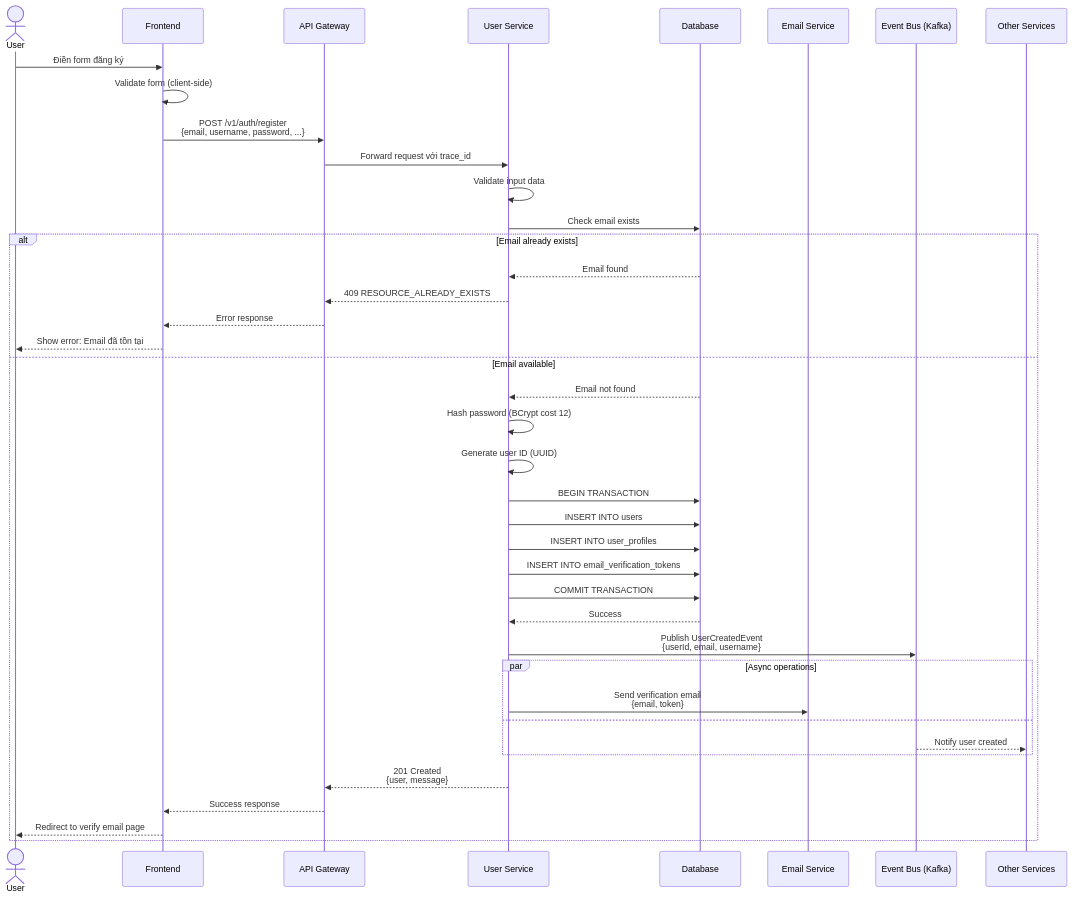
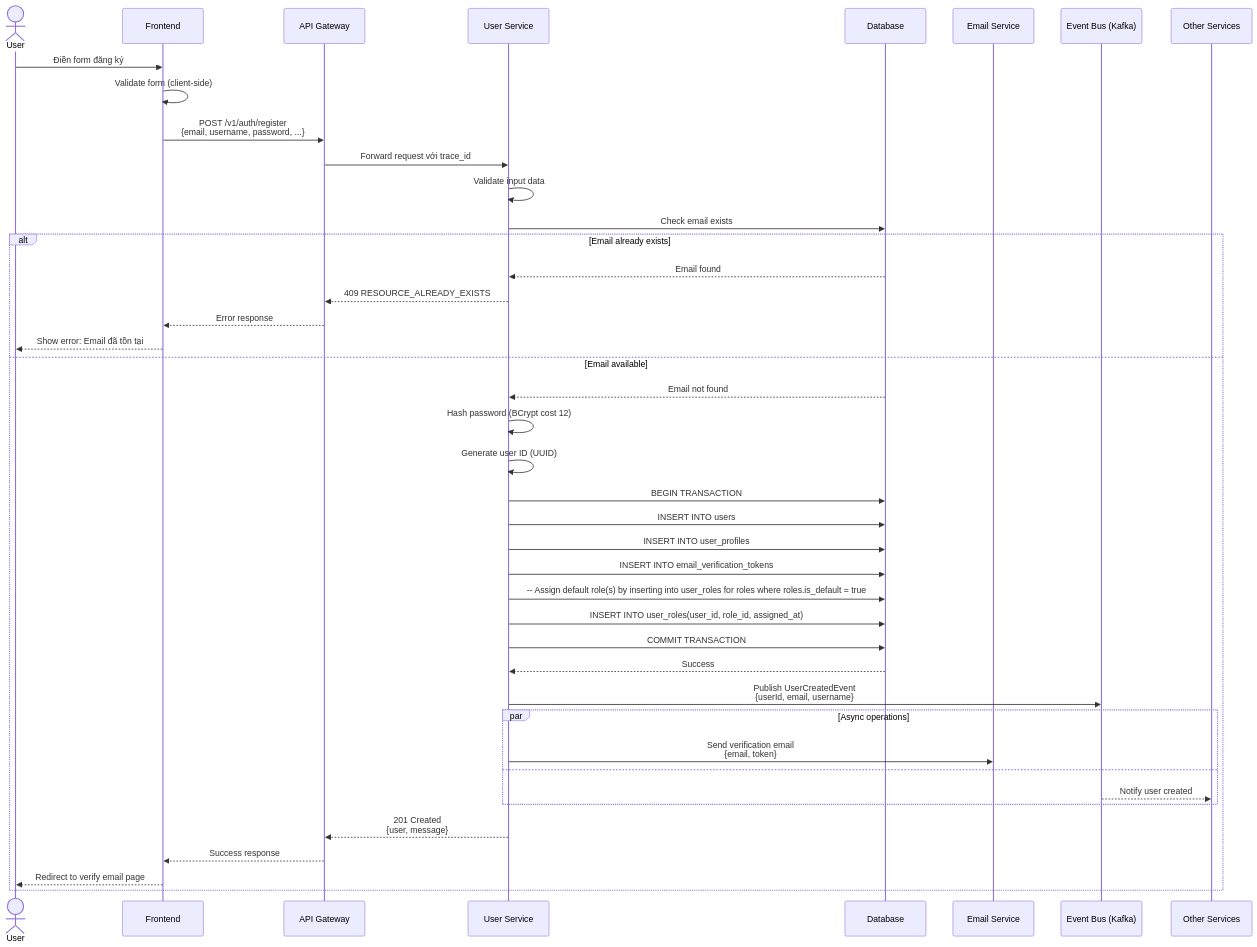
One commit to huy1235588/ECommerce changed the first of 9 diagrams in docs/03-backend/api-reference/flows/user-service-flows.md. Above: the diagram before and after it, drawn with Mermaid. The commit also changed other lines of this file and 12 other files, not shown here.

Commit message:
feat: Refactor user roles management by creating separate roles and user_roles tables; update related entities and migrations

````diff
--- a/docs/03-backend/api-reference/flows/user-service-flows.md
+++ b/docs/03-backend/api-reference/flows/user-service-flows.md
@@ -17,51 +17,53 @@
 ```mermaid
 sequenceDiagram
     actor User
     participant Frontend
     participant APIGateway as API Gateway
     participant UserService as User Service
     participant Database
     participant EmailService as Email Service
     participant EventBus as Event Bus (Kafka)
 
     User->>Frontend: Điền form đăng ký
     Frontend->>Frontend: Validate form (client-side)
     
     Frontend->>APIGateway: POST /v1/auth/register<br/>{email, username, password, ...}
     APIGateway->>UserService: Forward request với trace_id
     
     UserService->>UserService: Validate input data
     UserService->>Database: Check email exists
     
     alt Email already exists
         Database-->>UserService: Email found
         UserService-->>APIGateway: 409 RESOURCE_ALREADY_EXISTS
         APIGateway-->>Frontend: Error response
         Frontend-->>User: Show error: Email đã tồn tại
     else Email available
         Database-->>UserService: Email not found
         
         UserService->>UserService: Hash password (BCrypt cost 12)
         UserService->>UserService: Generate user ID (UUID)
         
-        UserService->>Database: BEGIN TRANSACTION
-        UserService->>Database: INSERT INTO users
-        UserService->>Database: INSERT INTO user_profiles
-        UserService->>Database: INSERT INTO email_verification_tokens
-        UserService->>Database: COMMIT TRANSACTION
+    UserService->>Database: BEGIN TRANSACTION
+    UserService->>Database: INSERT INTO users
+    UserService->>Database: INSERT INTO user_profiles
+    UserService->>Database: INSERT INTO email_verification_tokens
+    UserService->>Database: -- Assign default role(s) by inserting into user_roles for roles where roles.is_default = true
+    UserService->>Database: INSERT INTO user_roles(user_id, role_id, assigned_at)
+    UserService->>Database: COMMIT TRANSACTION
         
         Database-->>UserService: Success
         
         UserService->>EventBus: Publish UserCreatedEvent<br/>{userId, email, username}
         
         par Async operations
             UserService->>EmailService: Send verification email<br/>{email, token}
         and
             EventBus-->>Other Services: Notify user created
         end
         
         UserService-->>APIGateway: 201 Created<br/>{user, message}
         APIGateway-->>Frontend: Success response
         Frontend-->>User: Redirect to verify email page
     end
 ```
````
